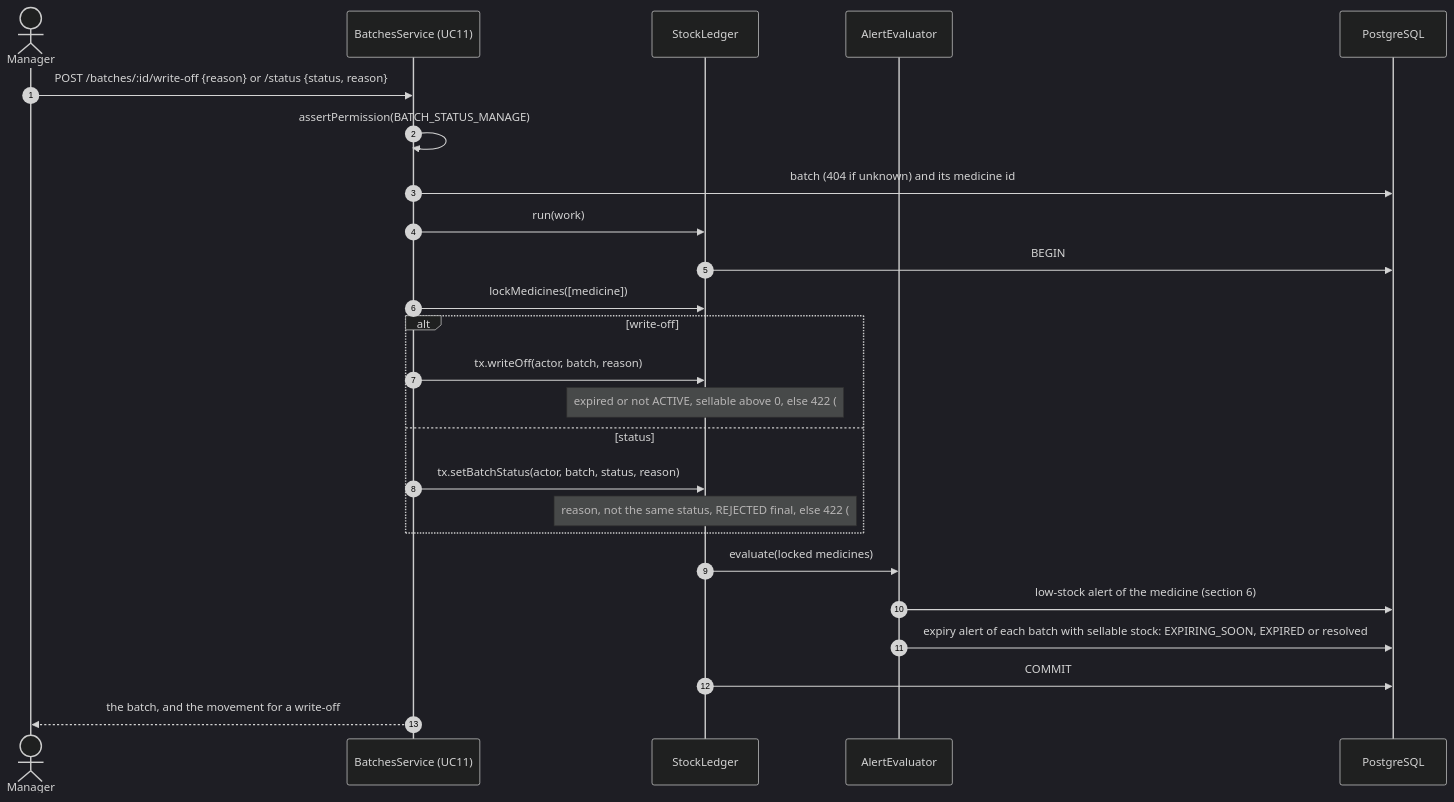
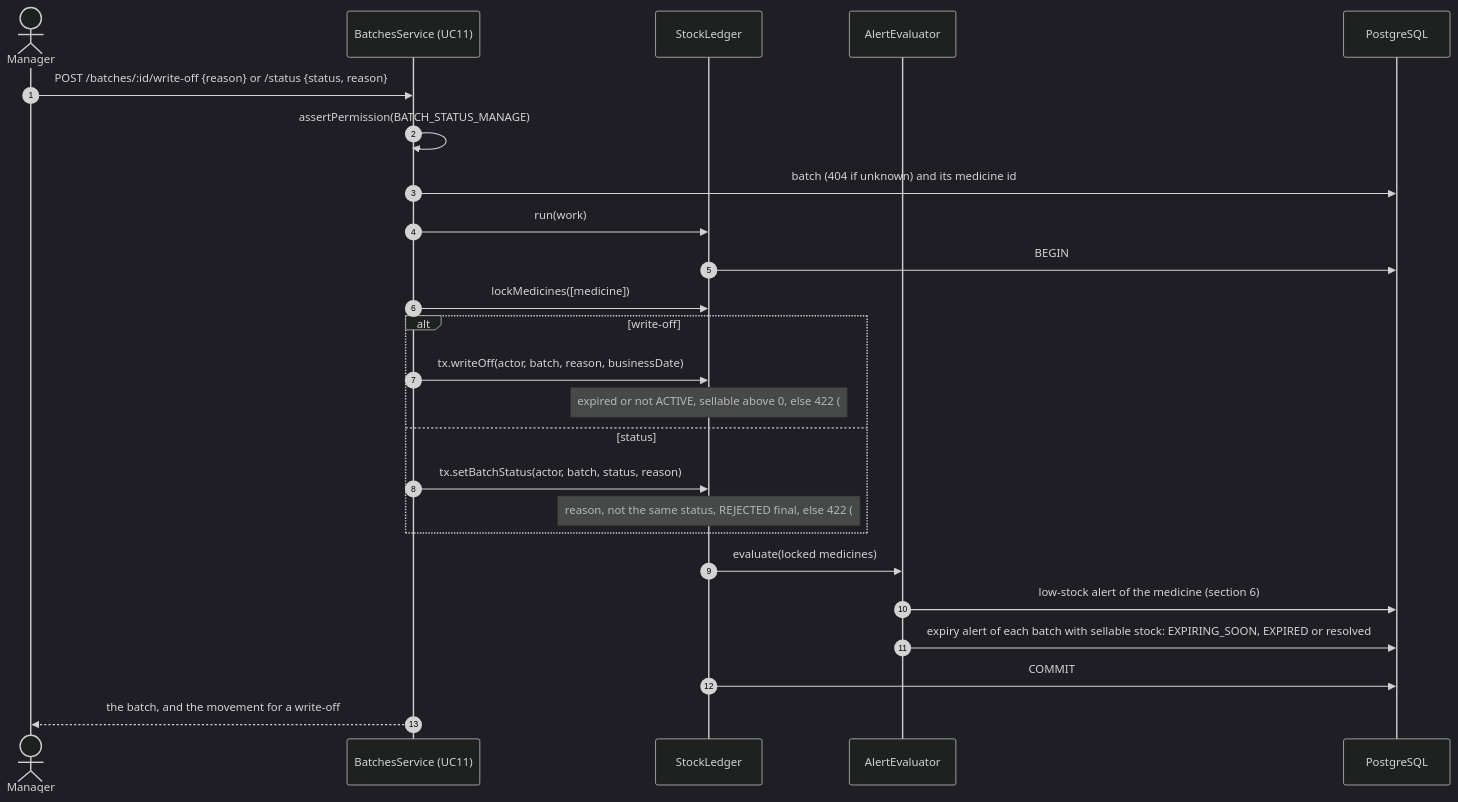
The eighth of 9 diagrams in docs/diagrams/sequence-diagrams.md (NeitLN/261_72ITSE41704_2474802010391_PharmacyStock), drawn with Mermaid (dark theme) before and after one commit. The commit also changed 4 other files, not shown here.

````diff
--- a/docs/diagrams/sequence-diagrams.md
+++ b/docs/diagrams/sequence-diagrams.md
@@ -418,28 +418,28 @@
 ```mermaid
 sequenceDiagram
     autonumber
     actor M as Manager
     participant S as BatchesService (UC11)
     participant L as StockLedger
     participant E as AlertEvaluator
     participant DB as PostgreSQL
 
     M->>S: POST /batches/:id/write-off {reason} or /status {status, reason}
     S->>S: assertPermission(BATCH_STATUS_MANAGE)
     S->>DB: batch (404 if unknown) and its medicine id
     S->>L: run(work)
     L->>DB: BEGIN
     S->>L: lockMedicines([medicine])
     alt write-off
-        S->>L: tx.writeOff(actor, batch, reason)
+        S->>L: tx.writeOff(actor, batch, reason, businessDate)
         Note over L: expired or not ACTIVE, sellable above 0, else 422 (#55)
     else status
         S->>L: tx.setBatchStatus(actor, batch, status, reason)
         Note over L: reason, not the same status, REJECTED final, else 422 (#55)
     end
     L->>E: evaluate(locked medicines)
     E->>DB: low-stock alert of the medicine (section 6)
     E->>DB: expiry alert of each batch with sellable stock: EXPIRING_SOON, EXPIRED or resolved
     L->>DB: COMMIT
     S-->>M: the batch, and the movement for a write-off
 ```
````
